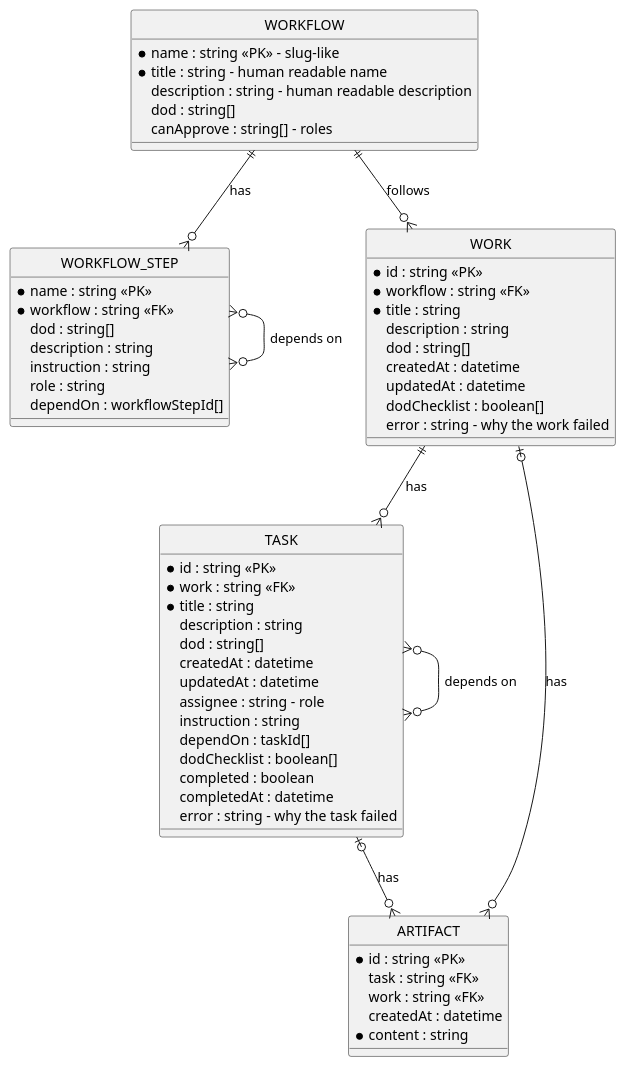
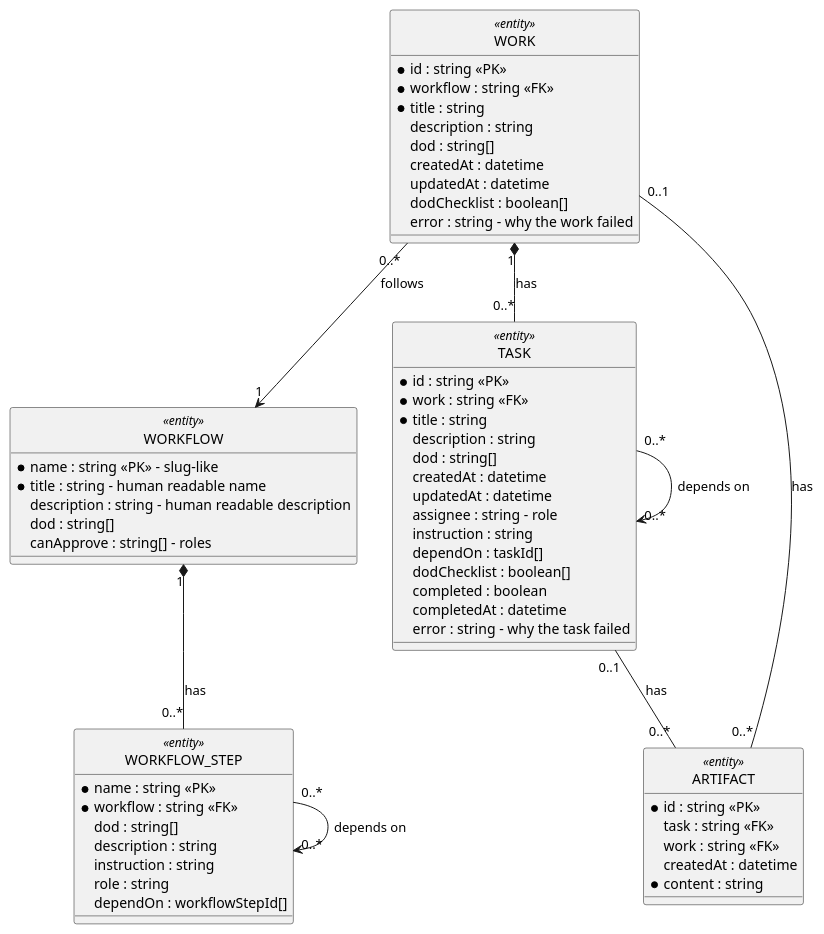
The diagram in docs/08_concepts/storage/storage.md (longlh/superteam), drawn with PlantUML before and after one commit. The commit also changed other lines of this file, not shown here.

Commit message:
Draw the data model as a class diagram of UML
The data model used the notation of an ERD, which is not UML. The constraints
draw the views other than the structure with UML, so the entities are classes,
and the relations are associations with their multiplicity. A task is a
composition of its work, and a step is a composition of its workflow.

Claude-Session: https://claude.ai/code/session_01RjCc28sBGp3orSAH3dswSq

````diff
--- a/docs/08_concepts/storage/storage.md
+++ b/docs/08_concepts/storage/storage.md
@@ -25,68 +27,68 @@
 ```plantuml
 @startuml
 hide circle
 
-entity WORKFLOW {
+class WORKFLOW <<entity>> {
   * name : string <<PK>> - slug-like
   * title : string - human readable name
   description : string - human readable description
   dod : string[]
   canApprove : string[] - roles
 }
 
-entity WORKFLOW_STEP {
+class WORKFLOW_STEP <<entity>> {
   * name : string <<PK>>
   * workflow : string <<FK>>
   dod : string[]
   description : string
   instruction : string
   role : string
   dependOn : workflowStepId[]
 }
 
-entity WORK {
+class WORK <<entity>> {
   * id : string <<PK>>
   * workflow : string <<FK>>
   * title : string
   description : string
   dod : string[]
   createdAt : datetime
   updatedAt : datetime
   dodChecklist : boolean[]
   error : string - why the work failed
 }
 
-entity TASK {
+class TASK <<entity>> {
   * id : string <<PK>>
   * work : string <<FK>>
   * title : string
   description : string
   dod : string[]
   createdAt : datetime
   updatedAt : datetime
   assignee : string - role
   instruction : string
   dependOn : taskId[]
   dodChecklist : boolean[]
   completed : boolean
   completedAt : datetime
   error : string - why the task failed
 }
 
-entity ARTIFACT {
+class ARTIFACT <<entity>> {
   * id : string <<PK>>
   task : string <<FK>>
   work : string <<FK>>
   createdAt : datetime
   * content : string
 }
 
-WORKFLOW ||--o{ WORKFLOW_STEP : has
-WORKFLOW_STEP }o--o{ WORKFLOW_STEP : depends on
-WORKFLOW ||--o{ WORK : follows
-WORK ||--o{ TASK : has
-TASK }o--o{ TASK : depends on
-TASK |o--o{ ARTIFACT : has
-WORK |o--o{ ARTIFACT : has
+WORKFLOW "1" *-- "0..*" WORKFLOW_STEP : has
+WORKFLOW_STEP "0..*" --> "0..*" WORKFLOW_STEP : depends on
+WORK "0..*" --> "1" WORKFLOW : follows
+WORK "1" *-- "0..*" TASK : has
+TASK "0..*" --> "0..*" TASK : depends on
+TASK "0..1" -- "0..*" ARTIFACT : has
+WORK "0..1" -- "0..*" ARTIFACT : has
 @enduml
 ```
````
